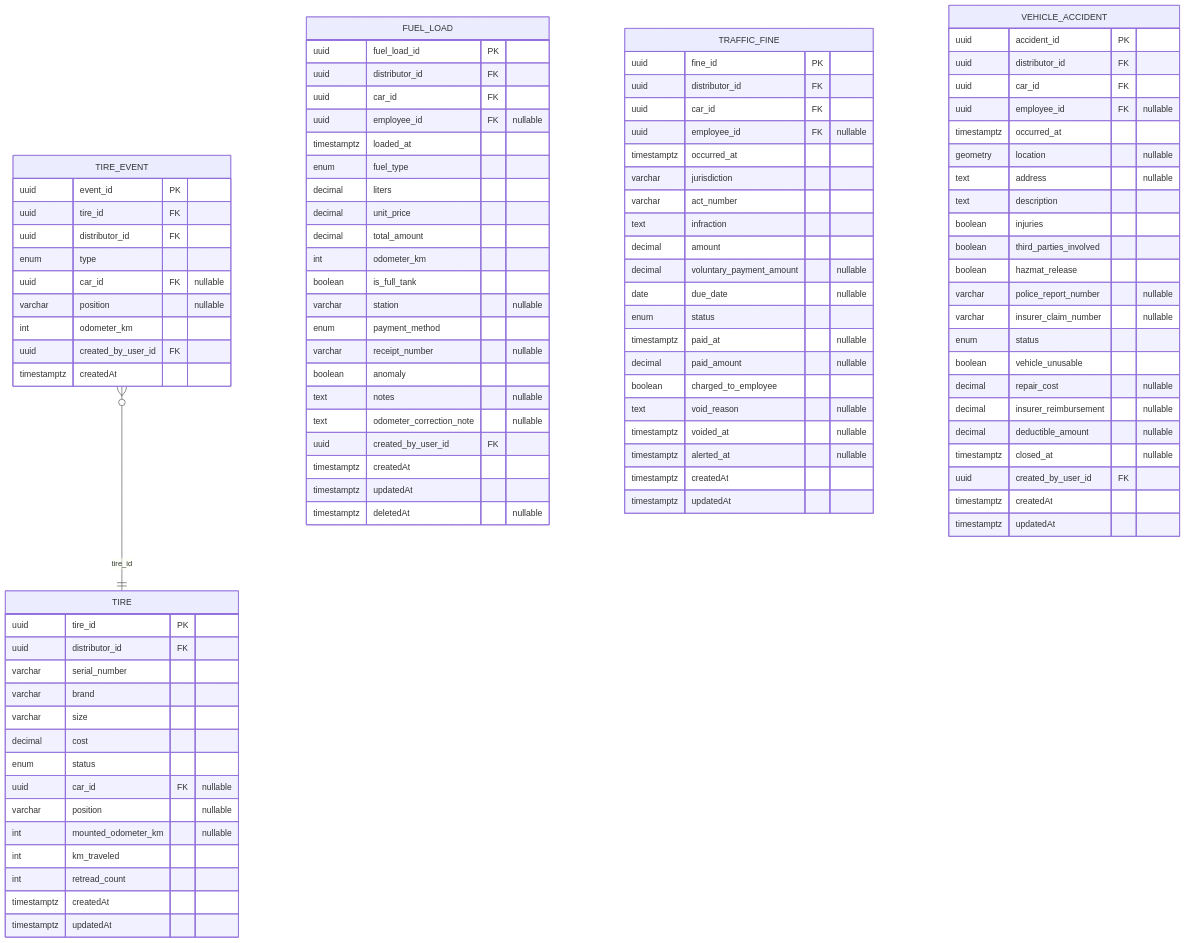
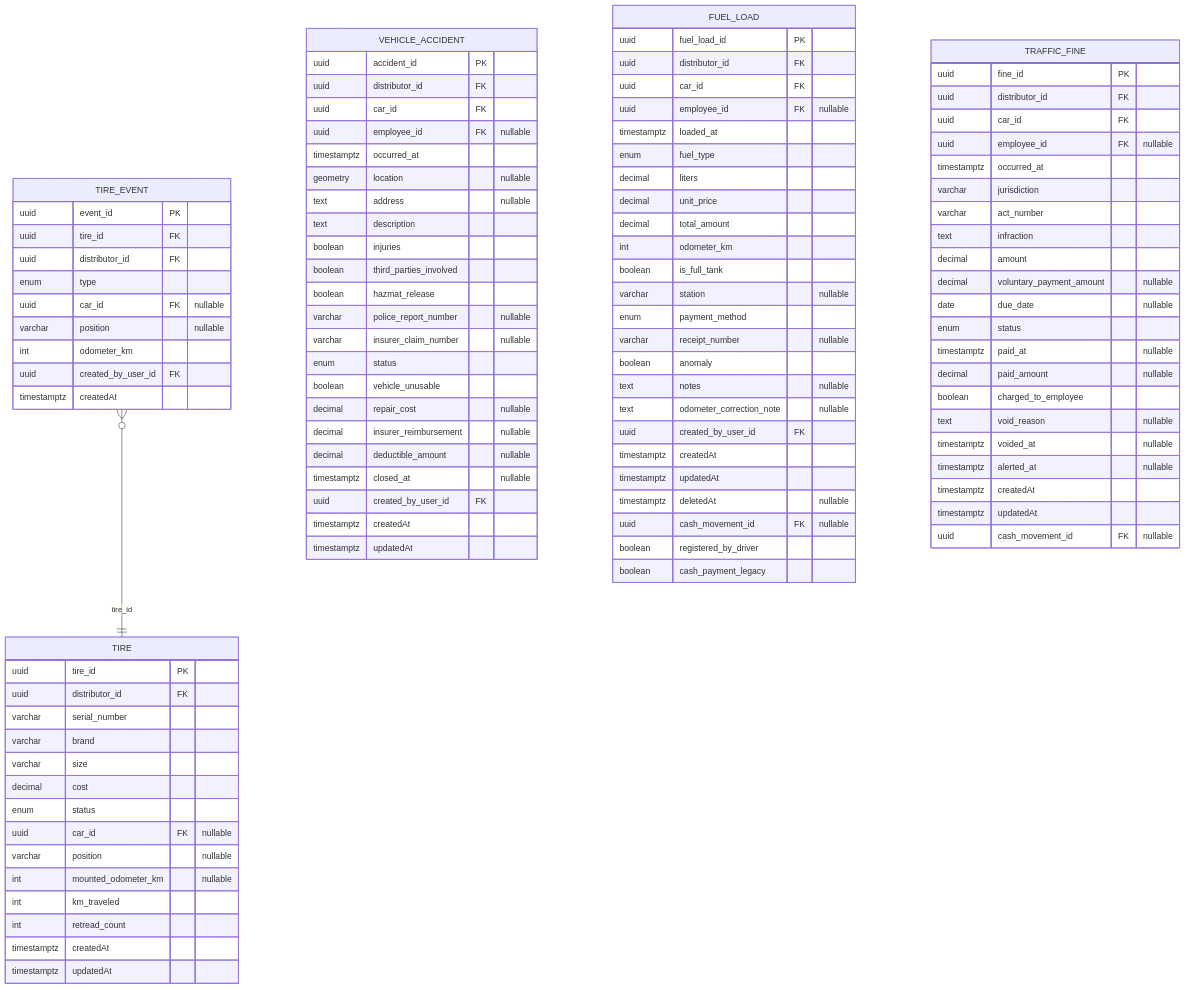
The tenth of 15 diagrams in modelos/base-de-datos/SPLG-der-mermaid.md (Nahuelito-Dev/splg-docs), drawn with Mermaid before and after one commit. The commit also changed other lines of this file and 135 other files, not shown here.

````diff
--- a/modelos/base-de-datos/SPLG-der-mermaid.md
+++ b/modelos/base-de-datos/SPLG-der-mermaid.md
@@ -755,29 +756,6 @@
 erDiagram
     TIRE_EVENT }o--|| TIRE : "tire_id"
 
-    FUEL_LOAD {
-        uuid fuel_load_id PK
-        uuid distributor_id FK
-        uuid car_id FK
-        uuid employee_id FK "nullable"
-        timestamptz loaded_at
-        enum fuel_type
-        decimal liters
-        decimal unit_price
-        decimal total_amount
-        int odometer_km
-        boolean is_full_tank
-        varchar station "nullable"
-        enum payment_method
-        varchar receipt_number "nullable"
-        boolean anomaly
-        text notes "nullable"
-        text odometer_correction_note "nullable"
-        uuid created_by_user_id FK
-        timestamptz createdAt
-        timestamptz updatedAt
-        timestamptz deletedAt "nullable"
-    }
     TIRE {
         uuid tire_id PK
         uuid distributor_id FK
@@ -791,28 +769,6 @@
         int mounted_odometer_km "nullable"
         int km_traveled
         int retread_count
-        timestamptz createdAt
-        timestamptz updatedAt
-    }
-    TRAFFIC_FINE {
-        uuid fine_id PK
-        uuid distributor_id FK
-        uuid car_id FK
-        uuid employee_id FK "nullable"
-        timestamptz occurred_at
-        varchar jurisdiction
-        varchar act_number
-        text infraction
-        decimal amount
-        decimal voluntary_payment_amount "nullable"
-        date due_date "nullable"
-        enum status
-        timestamptz paid_at "nullable"
-        decimal paid_amount "nullable"
-        boolean charged_to_employee
-        text void_reason "nullable"
-        timestamptz voided_at "nullable"
-        timestamptz alerted_at "nullable"
         timestamptz createdAt
         timestamptz updatedAt
     }
@@ -840,6 +796,32 @@
         timestamptz createdAt
         timestamptz updatedAt
     }
+    FUEL_LOAD {
+        uuid fuel_load_id PK
+        uuid distributor_id FK
+        uuid car_id FK
+        uuid employee_id FK "nullable"
+        timestamptz loaded_at
+        enum fuel_type
+        decimal liters
+        decimal unit_price
+        decimal total_amount
+        int odometer_km
+        boolean is_full_tank
+        varchar station "nullable"
+        enum payment_method
+        varchar receipt_number "nullable"
+        boolean anomaly
+        text notes "nullable"
+        text odometer_correction_note "nullable"
+        uuid created_by_user_id FK
+        timestamptz createdAt
+        timestamptz updatedAt
+        timestamptz deletedAt "nullable"
+        uuid cash_movement_id FK "nullable"
+        boolean registered_by_driver
+        boolean cash_payment_legacy
+    }
     TIRE_EVENT {
         uuid event_id PK
         uuid tire_id FK
@@ -851,4 +833,27 @@
         uuid created_by_user_id FK
         timestamptz createdAt
     }
+    TRAFFIC_FINE {
+        uuid fine_id PK
+        uuid distributor_id FK
+        uuid car_id FK
+        uuid employee_id FK "nullable"
+        timestamptz occurred_at
+        varchar jurisdiction
+        varchar act_number
+        text infraction
+        decimal amount
+        decimal voluntary_payment_amount "nullable"
+        date due_date "nullable"
+        enum status
+        timestamptz paid_at "nullable"
+        decimal paid_amount "nullable"
+        boolean charged_to_employee
+        text void_reason "nullable"
+        timestamptz voided_at "nullable"
+        timestamptz alerted_at "nullable"
+        timestamptz createdAt
+        timestamptz updatedAt
+        uuid cash_movement_id FK "nullable"
+    }
 ```
````
